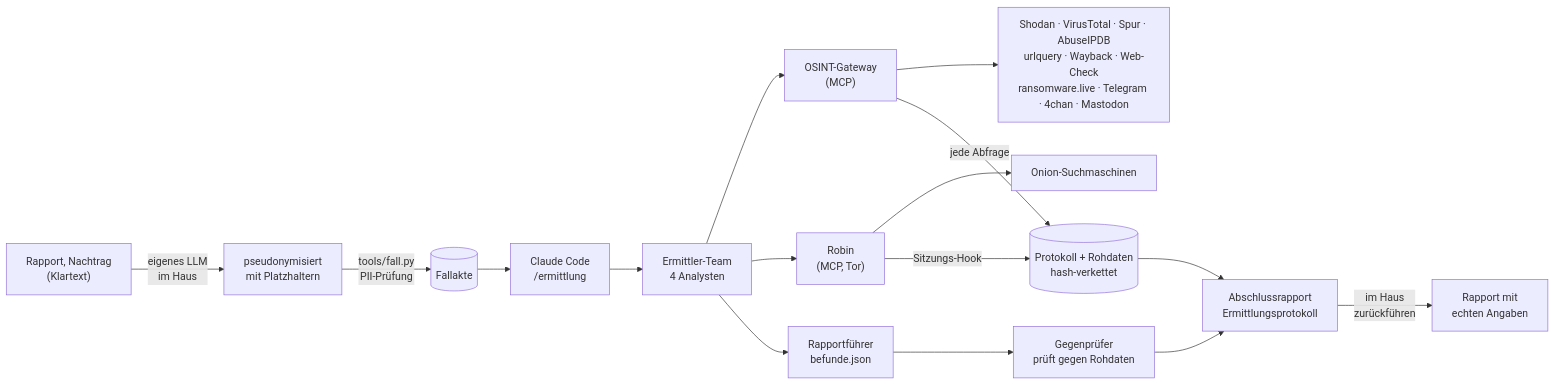
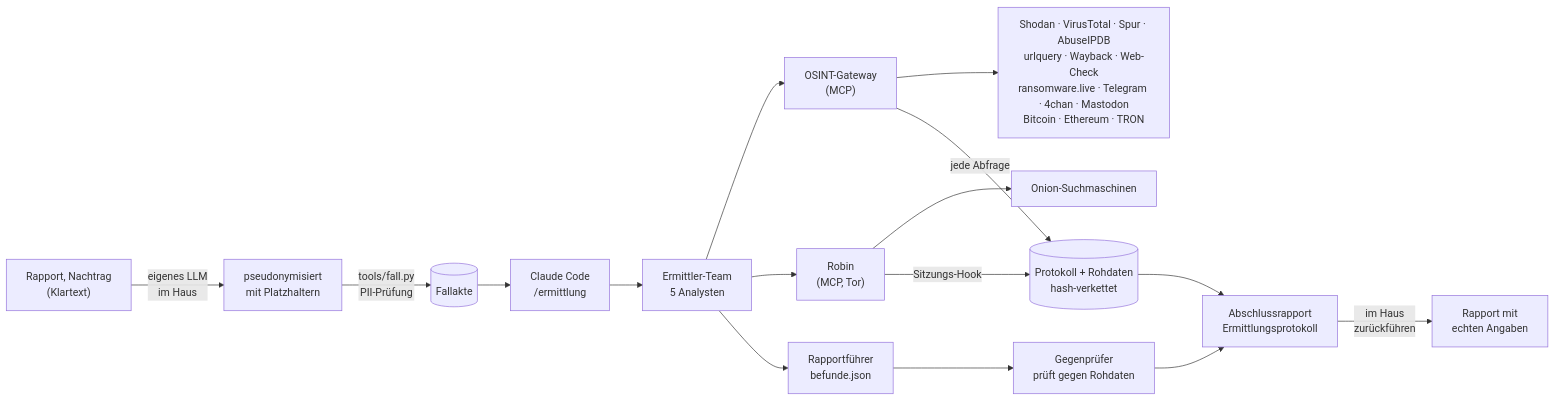
The diagram in README.md (valITino/gogoinvestigation), drawn with Mermaid before and after one commit. The commit also changed other lines of this file and 13 other files, not shown here.

````diff
--- a/README.md
+++ b/README.md
@@ -37,18 +40,18 @@
 ```mermaid
 flowchart LR
     A["Rapport, Nachtrag<br/>(Klartext)"] -->|"eigenes LLM<br/>im Haus"| B["pseudonymisiert<br/>mit Platzhaltern"]
     B -->|"tools/fall.py<br/>PII-Prüfung"| C[("Fallakte")]
     C --> D["Claude Code<br/>/ermittlung"]
-    D --> T["Ermittler-Team<br/>4 Analysten"]
+    D --> T["Ermittler-Team<br/>5 Analysten"]
     T --> G["OSINT-Gateway<br/>(MCP)"]
     T --> R["Robin<br/>(MCP, Tor)"]
-    G --> Q["Shodan · VirusTotal · Spur · AbuseIPDB<br/>urlquery · Wayback · Web-Check<br/>ransomware.live · Telegram · 4chan · Mastodon"]
+    G --> Q["Shodan · VirusTotal · Spur · AbuseIPDB<br/>urlquery · Wayback · Web-Check<br/>ransomware.live · Telegram · 4chan · Mastodon<br/>Bitcoin · Ethereum · TRON"]
     R --> O["Onion-Suchmaschinen"]
     G -->|"jede Abfrage"| P[("Protokoll + Rohdaten<br/>hash-verkettet")]
     R -->|"Sitzungs-Hook"| P
     T --> F["Rapportführer<br/>befunde.json"]
     F --> X["Gegenprüfer<br/>prüft gegen Rohdaten"]
     X --> E["Abschlussrapport<br/>Ermittlungsprotokoll"]
     P --> E
     E -->|"im Haus<br/>zurückführen"| Z["Rapport mit<br/>echten Angaben"]
 ```
````
